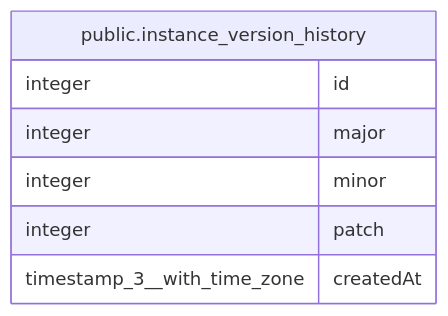
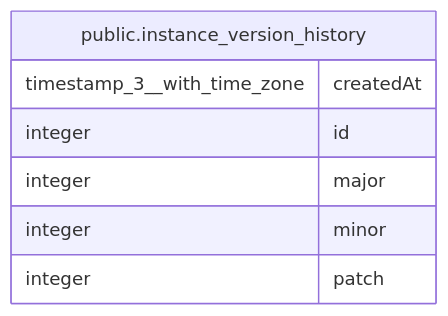
Before and after one commit to mayankjain1815-commits/n8n: the diagram in docs/generated/postgres-schema/public.instance_version_history.md, drawn with Mermaid. The commit also changed other lines of this file and 221 other files, not shown here.

Commit message:
chore(core): Make DB schema docs generation deterministic (#32373)

````diff
--- a/docs/generated/postgres-schema/public.instance_version_history.md
+++ b/docs/generated/postgres-schema/public.instance_version_history.md
@@ -32,12 +32,12 @@
 ```mermaid
 erDiagram
 
 
 "public.instance_version_history" {
+  timestamp_3__with_time_zone createdAt
   integer id
   integer major
   integer minor
   integer patch
-  timestamp_3__with_time_zone createdAt
 }
 ```
````
